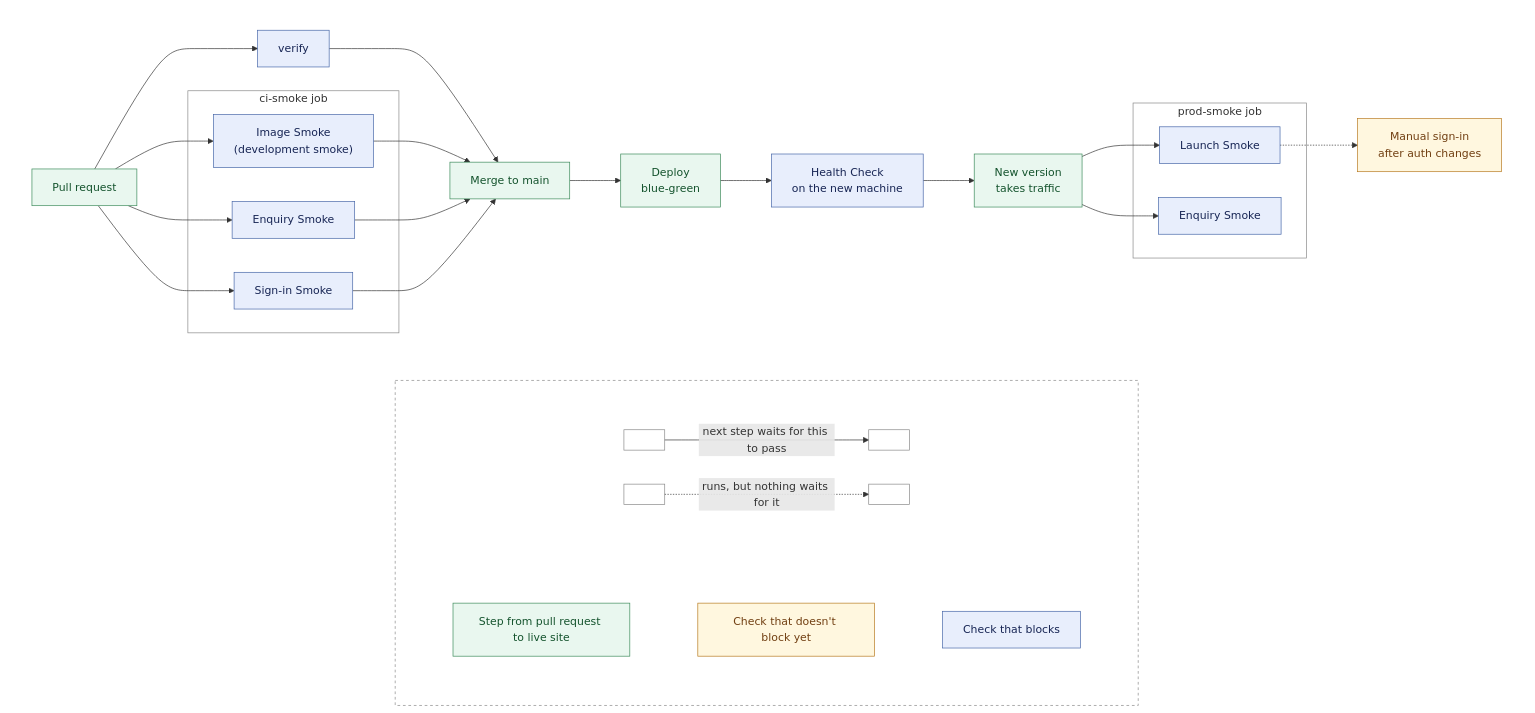
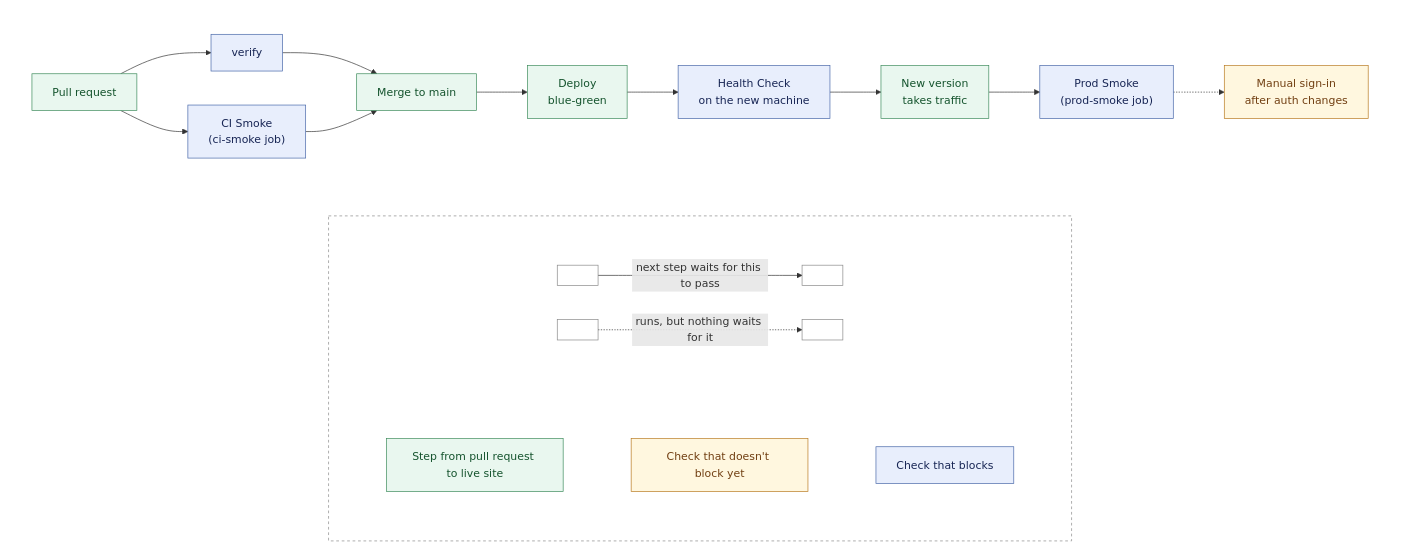
The diagram in docs/pipeline.md (sumau/welltutored), drawn with Mermaid before and after one commit. The commit also changed other lines of this file, not shown here.

Commit message:
Draw each Smoke job as one box in the pipeline diagram
Every Smoke in a job now blocks, so the boxes inside each job said
nothing the job didn't. The table lists which Smoke runs where.

````diff
--- a/docs/pipeline.md
+++ b/docs/pipeline.md
@@ -11,68 +12,52 @@
 ```mermaid
 flowchart TB
   %% From pull request to live site.
   subgraph pipeline[" "]
     direction LR
     pr["Pull request"] --> verify["verify"]
-    subgraph imageJob["ci-smoke job"]
-      image["Image Smoke<br/>(development smoke)"]
-      enquiry["Enquiry Smoke"]
-      signIn["Sign-in Smoke"]
-    end
-    pr --> image
-    pr --> enquiry
-    pr --> signIn
+    pr --> ciSmoke["CI Smoke<br/>(ci-smoke job)"]
     verify --> merge["Merge to main"]
-    image --> merge
-    enquiry --> merge
-    signIn --> merge
+    ciSmoke --> merge
     merge --> deploy["Deploy<br/>blue-green"]
     deploy --> health["Health Check<br/>on the new machine"]
     health --> live["New version<br/>takes traffic"]
-    subgraph prodJob["prod-smoke job"]
-      launch["Launch Smoke"]
-      prodEnquiry["Enquiry Smoke"]
-    end
-    live --> launch
-    live --> prodEnquiry
-    launch -.-> manual["Manual sign-in<br/>after auth changes"]
+    live --> prodSmoke["Prod Smoke<br/>(prod-smoke job)"]
+    prodSmoke -.-> manual["Manual sign-in<br/>after auth changes"]
   end
 
   %% The legend. Links written ~~~ are invisible and only position things.
   subgraph legend[" "]
     direction TB
     subgraph legendArrows[" "]
       direction LR
       keyA[" "] -->|"next step waits for this to pass"| keyB[" "]
       keyC[" "] -.->|"runs, but nothing waits for it"| keyD[" "]
     end
 
     subgraph legendBoxes[" "]
       direction LR
       keyEvent["Step from pull request to live site"]
       keySoft["Check that doesn't block yet"]
       keyGate["Check that blocks"]
       keyEvent ~~~ keySoft ~~~ keyGate
     end
 
     legendArrows ~~~ legendBoxes
   end
 
   pipeline ~~~ legend
 
   classDef gate fill:#e8eefc,stroke:#4666a8,color:#172554
   classDef soft fill:#fff7df,stroke:#b7791f,color:#713f12
   classDef event fill:#e9f7ef,stroke:#3b8a5a,color:#14532d
   classDef blank fill:none,stroke:#888,color:#888
-  class verify,image,enquiry,signIn,health,launch,prodEnquiry,keyGate gate
+  class verify,ciSmoke,health,prodSmoke,keyGate gate
   class manual,keySoft soft
   class pr,merge,deploy,live,keyEvent event
   class keyA,keyB,keyC,keyD blank
 
   style pipeline fill:none,stroke:none
-  style imageJob fill:none,stroke:#888
-  style prodJob fill:none,stroke:#888
   style legend fill:none,stroke:#888,stroke-dasharray:4
   style legendArrows fill:none,stroke:none
   style legendBoxes fill:none,stroke:none
 ```
````
